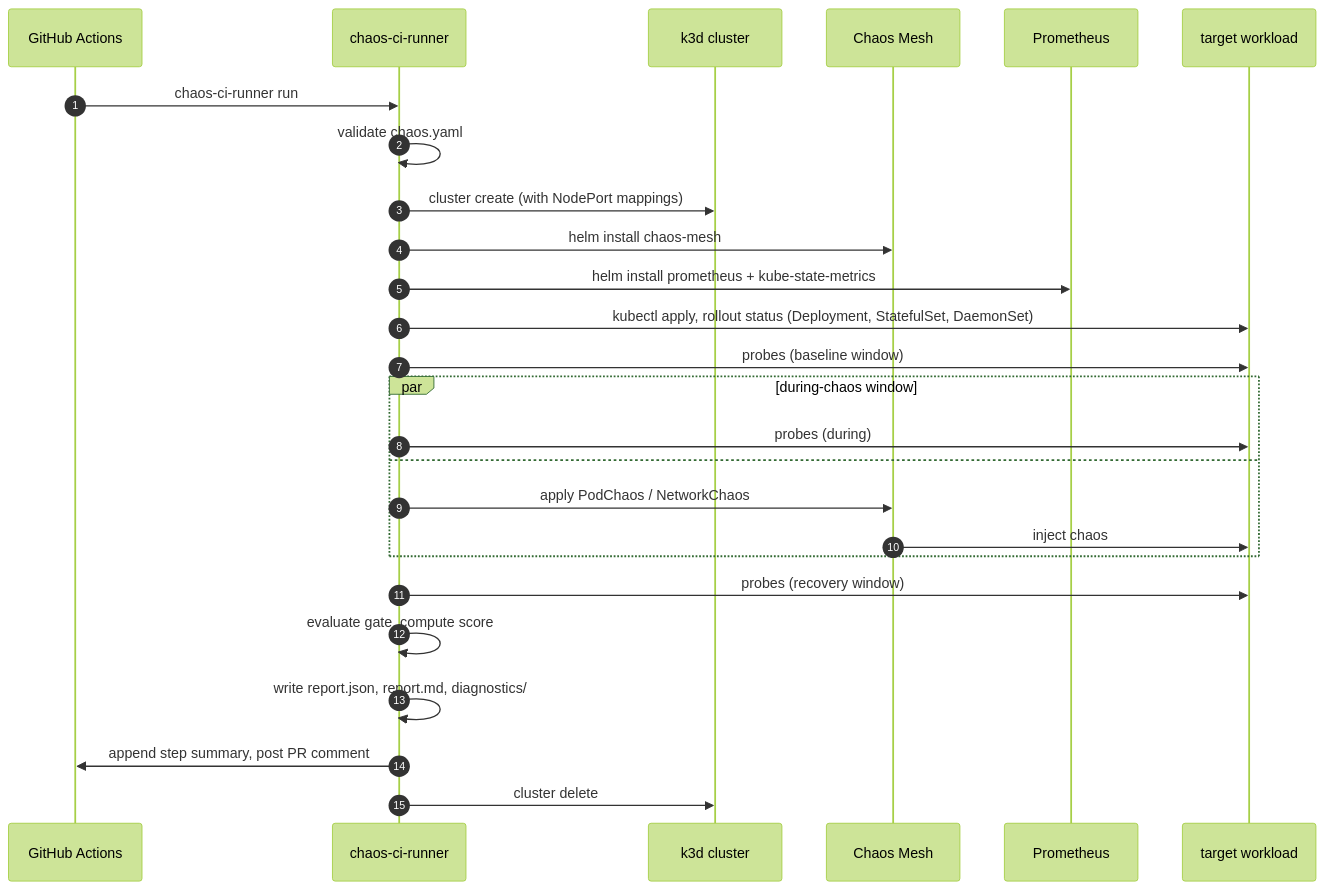
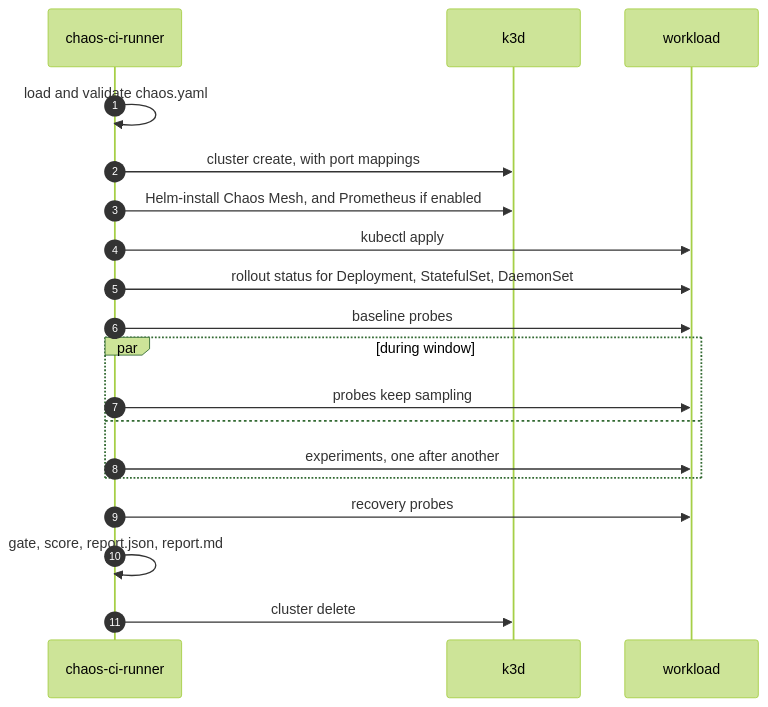
One commit to sanjeev0120test/chaos-ci-runner changed the diagram in README.md. Above: the diagram before and after it, drawn with Mermaid (forest theme). The commit also changed other lines of this file and 2 other files, not shown here.

````diff
--- a/README.md
+++ b/README.md
@@ -190,29 +206,21 @@
 ```mermaid
 sequenceDiagram
     autonumber
-    participant CI as GitHub Actions
     participant CLI as chaos-ci-runner
-    participant K3D as k3d cluster
-    participant CM  as Chaos Mesh
-    participant P   as Prometheus
-    participant T   as target workload
-
-    CI ->> CLI: chaos-ci-runner run
-    CLI ->> CLI: validate chaos.yaml
-    CLI ->> K3D: cluster create (with NodePort mappings)
-    CLI ->> CM:  helm install chaos-mesh
-    CLI ->> P:   helm install prometheus + kube-state-metrics
-    CLI ->> T:   kubectl apply, rollout status (Deployment, StatefulSet, DaemonSet)
-    CLI ->> T:   probes (baseline window)
-    par during-chaos window
-        CLI ->> T: probes (during)
+    participant K3D as k3d
+    participant T as workload
+    CLI ->> CLI: load and validate chaos.yaml
+    CLI ->> K3D: cluster create, with port mappings
+    CLI ->> K3D: Helm-install Chaos Mesh, and Prometheus if enabled
+    CLI ->> T: kubectl apply
+    CLI ->> T: rollout status for Deployment, StatefulSet, DaemonSet
+    CLI ->> T: baseline probes
+    par during window
+        CLI ->> T: probes keep sampling
     and
-        CLI ->> CM: apply PodChaos / NetworkChaos
-        CM  ->> T:  inject chaos
+        CLI ->> T: experiments, one after another
     end
-    CLI ->> T:  probes (recovery window)
-    CLI ->> CLI: evaluate gate, compute score
-    CLI ->> CLI: write report.json, report.md, diagnostics/
-    CLI ->> CI: append step summary, post PR comment
+    CLI ->> T: recovery probes
+    CLI ->> CLI: gate, score, report.json, report.md
     CLI ->> K3D: cluster delete
 ```
````
